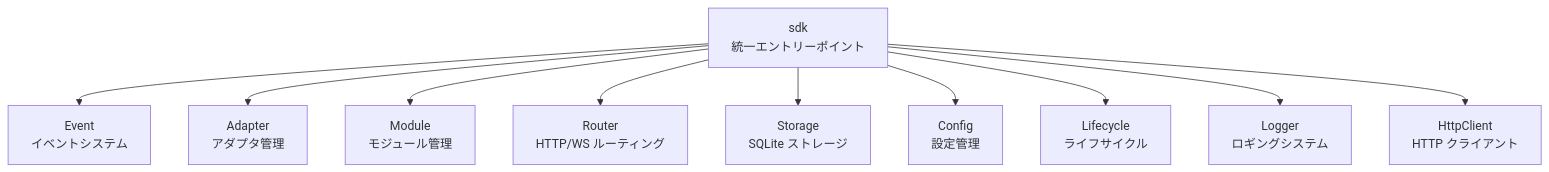
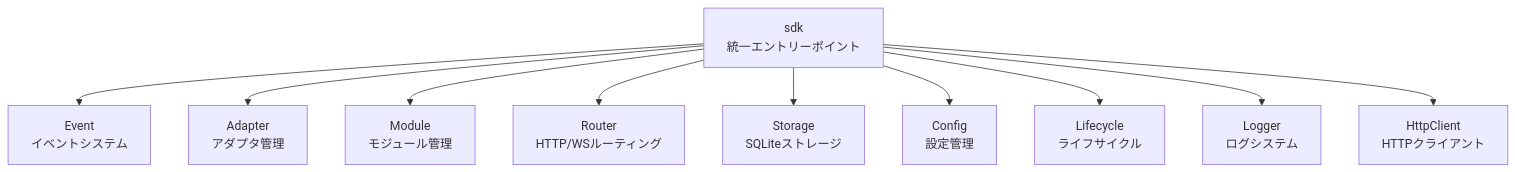
Before and after one commit to ErisPulse/ErisPulse: the second of 2 diagrams in README.ja.md, drawn with Mermaid. The commit also changed other lines of this file and 91 other files, not shown here.

````diff
--- a/README.ja.md
+++ b/README.ja.md
@@ -500,14 +541,14 @@
 ```mermaid
 graph TB
     SDK["sdk<br/>統一エントリーポイント"]
 
     SDK --> Event["Event<br/>イベントシステム"]
     SDK --> AdapterMgr["Adapter<br/>アダプタ管理"]
     SDK --> ModuleMgr["Module<br/>モジュール管理"]
-    SDK --> Router["Router<br/>HTTP/WS ルーティング"]
-    SDK --> Storage["Storage<br/>SQLite ストレージ"]
+    SDK --> Router["Router<br/>HTTP/WSルーティング"]
+    SDK --> Storage["Storage<br/>SQLiteストレージ"]
     SDK --> Config["Config<br/>設定管理"]
     SDK --> Lifecycle["Lifecycle<br/>ライフサイクル"]
-    SDK --> Logger["Logger<br/>ロギングシステム"]
-    SDK --> Client["HttpClient<br/>HTTP クライアント"]
+    SDK --> Logger["Logger<br/>ログシステム"]
+    SDK --> Client["HttpClient<br/>HTTPクライアント"]
 ```
````
